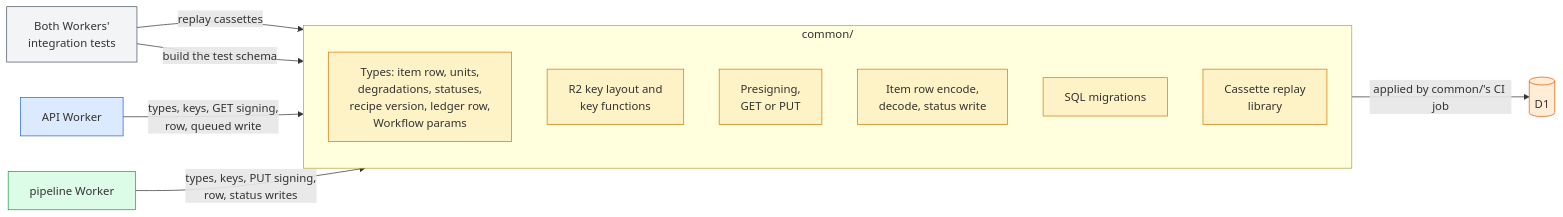
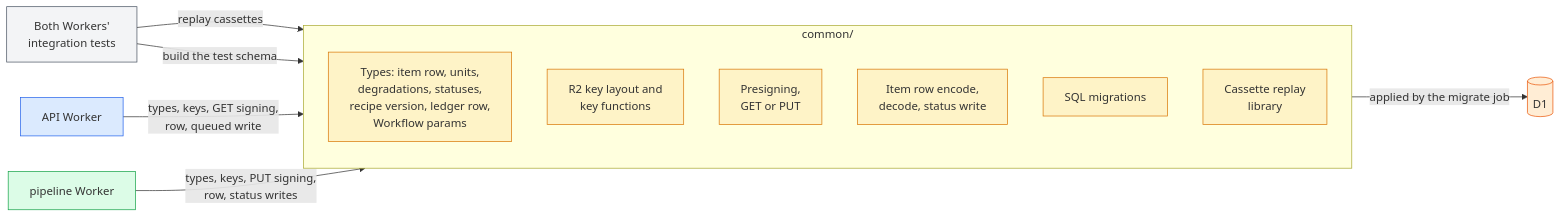
The diagram in docs/technical-design/common-package.md (asermax/nagara), drawn with Mermaid before and after one commit. The commit also changed other lines of this file and 9 other files, not shown here.

````diff
--- a/docs/technical-design/common-package.md
+++ b/docs/technical-design/common-package.md
@@ -15,31 +15,31 @@
 ```mermaid
 flowchart LR
   subgraph common ["common/"]
     direction TB
     types@{ shape: rect, label: "Types: item row, units,<br/>degradations, statuses,<br/>recipe version, ledger row,<br/>Workflow params" }
     keys@{ shape: rect, label: "R2 key layout and<br/>key functions" }
     sign@{ shape: rect, label: "Presigning,<br/>GET or PUT" }
     row@{ shape: rect, label: "Item row encode,<br/>decode, status write" }
     mig@{ shape: rect, label: "SQL migrations" }
     vcr@{ shape: rect, label: "Cassette replay<br/>library" }
   end
   api@{ shape: rect, label: "API Worker" }
   pipe@{ shape: rect, label: "pipeline Worker" }
   d1@{ shape: cyl, label: "D1" }
   tests@{ shape: rect, label: "Both Workers'<br/>integration tests" }
   api -->|"types, keys, GET signing,<br/>row, queued write"| common
   pipe -->|"types, keys, PUT signing,<br/>row, status writes"| common
-  mig -->|"applied by common/'s CI job"| d1
+  mig -->|"applied by the migrate job"| d1
   tests -->|"replay cassettes"| vcr
   tests -->|"build the test schema"| mig
   classDef shared fill:#fef3c7,stroke:#d97706
   classDef worker fill:#dbeafe,stroke:#2563eb
   classDef flow fill:#dcfce7,stroke:#16a34a
   classDef store fill:#ffedd5,stroke:#ea580c
   classDef tool fill:#f3f4f6,stroke:#4b5563
   class types,keys,sign,row,mig,vcr shared
   class api worker
   class pipe flow
   class d1 store
   class tests tool
 ```
````
